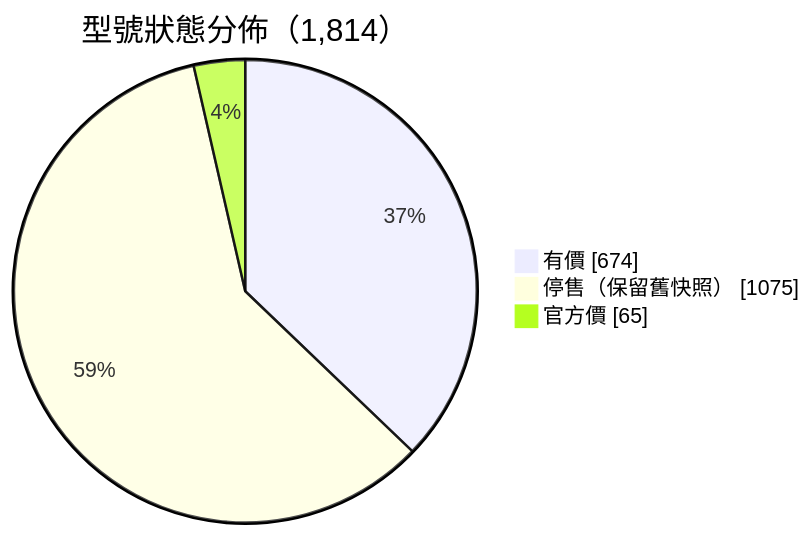
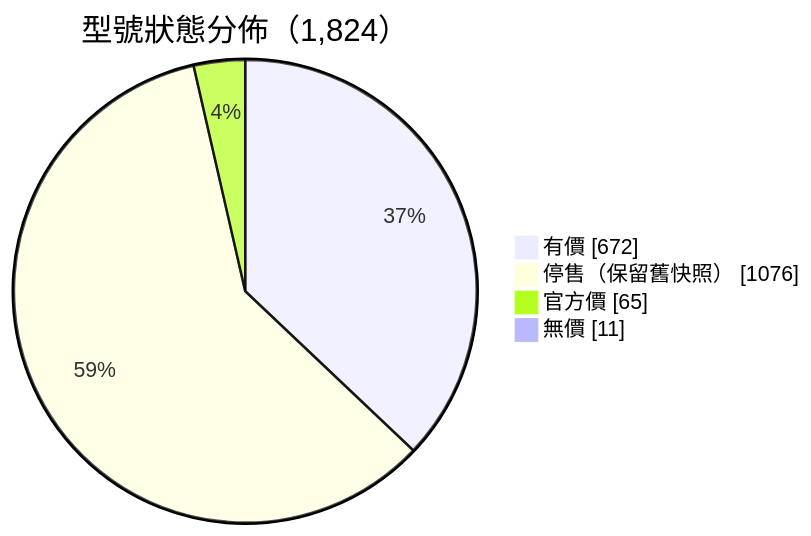
The first of 7 diagrams in README.md (CalvinLau1012/aircon-compare), drawn with Mermaid before and after one commit. The commit also changed other lines of this file and 96 other files, not shown here.

````diff
--- a/README.md
+++ b/README.md
@@ -42,6 +44,7 @@
 ```mermaid
-pie showData title 型號狀態分佈（1,814）
-    "有價" : 674
-    "停售（保留舊快照）" : 1075
+pie showData title 型號狀態分佈（1,824）
+    "有價" : 672
+    "停售（保留舊快照）" : 1076
     "官方價" : 65
+    "無價" : 11
 ```
````
